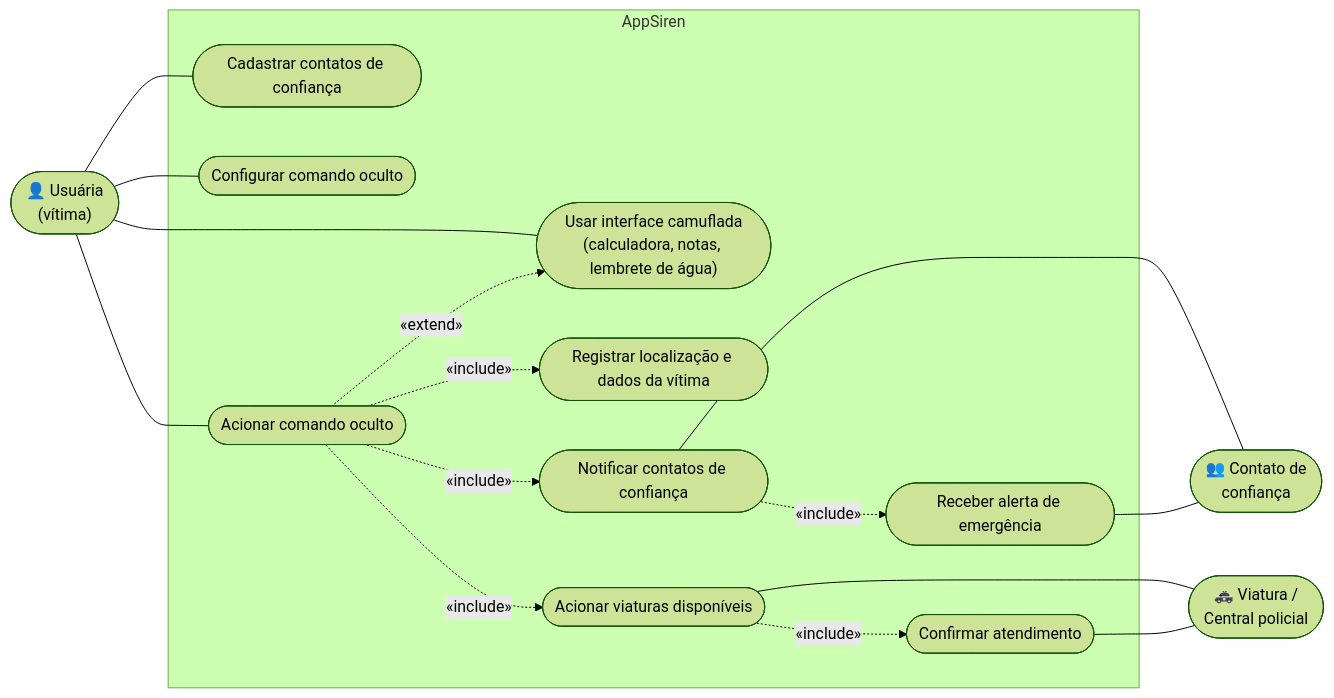
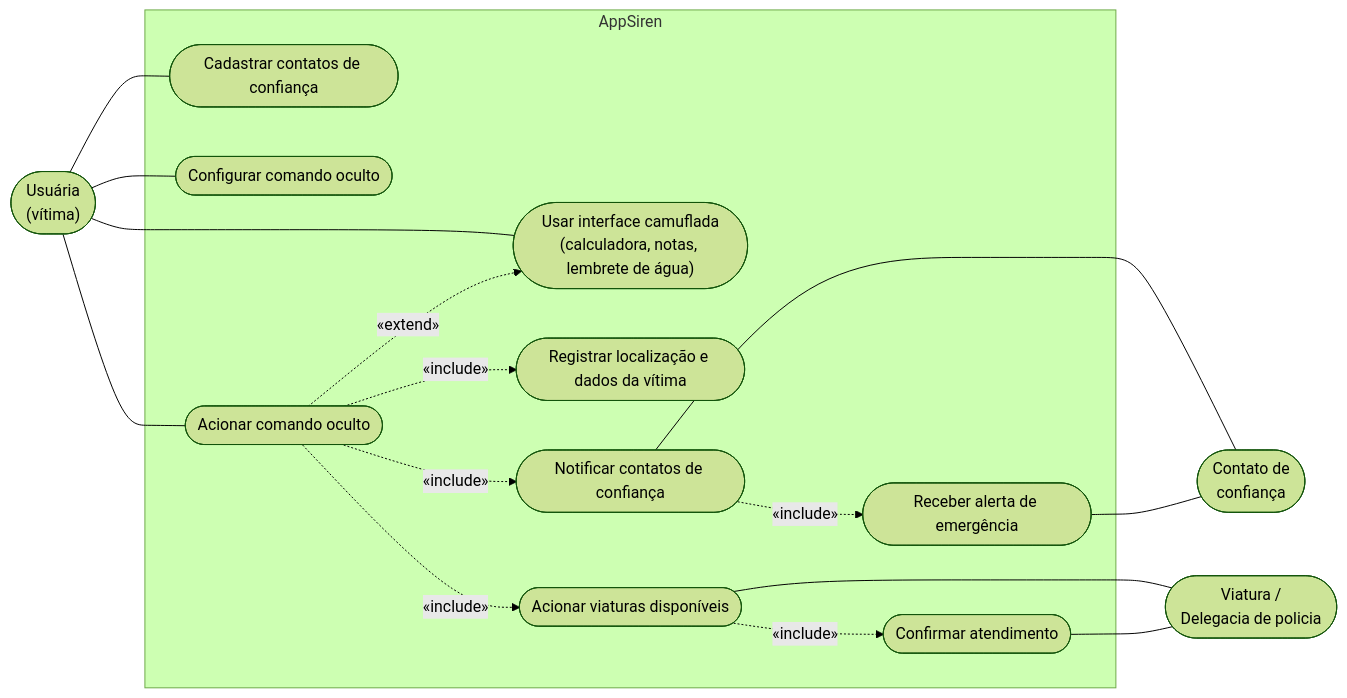
One commit to ProAtom10/Siren changed the diagram in documentacao/diagramas.md. Above: the diagram before and after it, drawn with Mermaid (forest theme).

Commit message:
Revise flowchart labels in diagramas.md
Updated labels in the flowchart for clarity.

````diff
--- a/documentacao/diagramas.md
+++ b/documentacao/diagramas.md
@@ -1,35 +1,35 @@
 ```mermaid
 flowchart LR
-    Usuaria(["👤 Usuária<br/>(vítima)"])
-    Contato(["👥 Contato de<br/>confiança"])
-    Viatura(["🚓 Viatura /<br/>Central policial"])
+    Usuaria([" Usuária<br/>(vítima)"])
+    Contato([" Contato de<br/>confiança"])
+    Viatura([" Viatura /<br/>Delegacia de policia"])
 
     subgraph Sistema["AppSiren"]
         UC1(["Usar interface camuflada<br/>(calculadora, notas, lembrete de água)"])
         UC2(["Cadastrar contatos de confiança"])
         UC3(["Configurar comando oculto"])
         UC4(["Acionar comando oculto"])
         UC5(["Registrar localização e dados da vítima"])
         UC6(["Notificar contatos de confiança"])
         UC7(["Acionar viaturas disponíveis"])
         UC8(["Receber alerta de emergência"])
         UC9(["Confirmar atendimento"])
     end
 
     Usuaria --- UC1
     Usuaria --- UC2
     Usuaria --- UC3
     Usuaria --- UC4
 
     UC4 -. "«include»" .-> UC5
     UC4 -. "«include»" .-> UC6
     UC4 -. "«include»" .-> UC7
     UC4 -. "«extend»" .-> UC1
 
     UC6 --- Contato
     UC8 --- Contato
     UC7 --- Viatura
     UC9 --- Viatura
     UC6 -. "«include»" .-> UC8
     UC7 -. "«include»" .-> UC9
 ```
````
